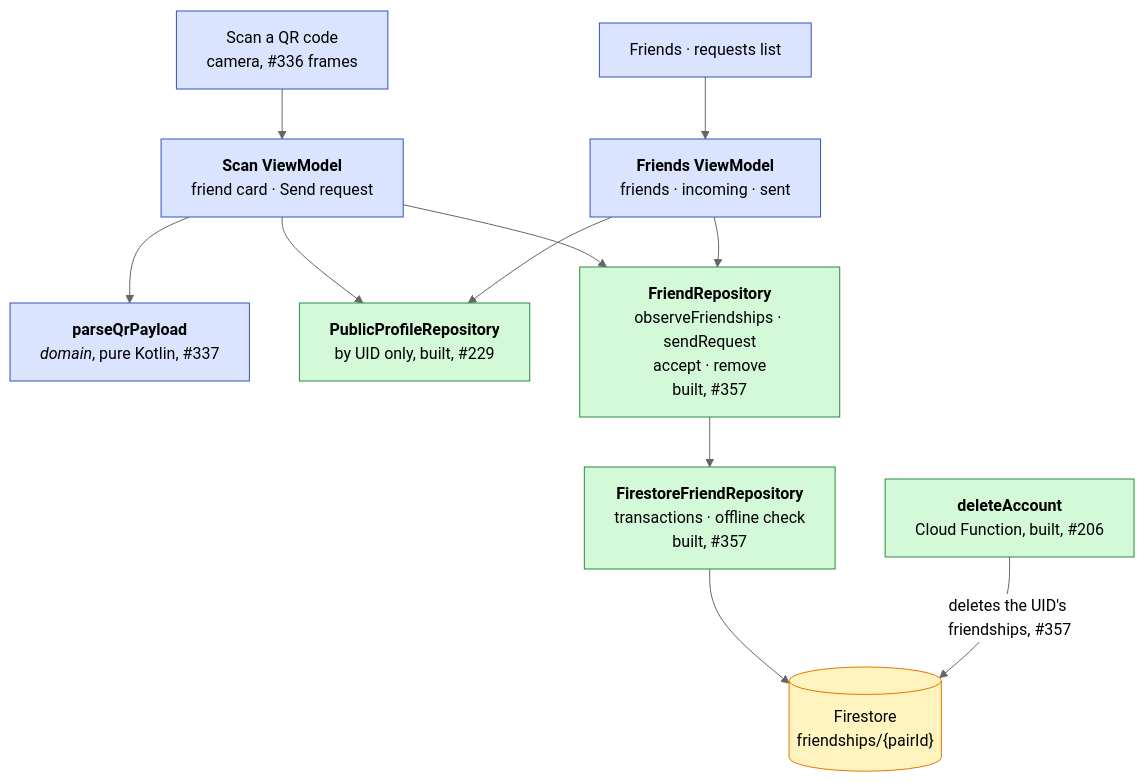
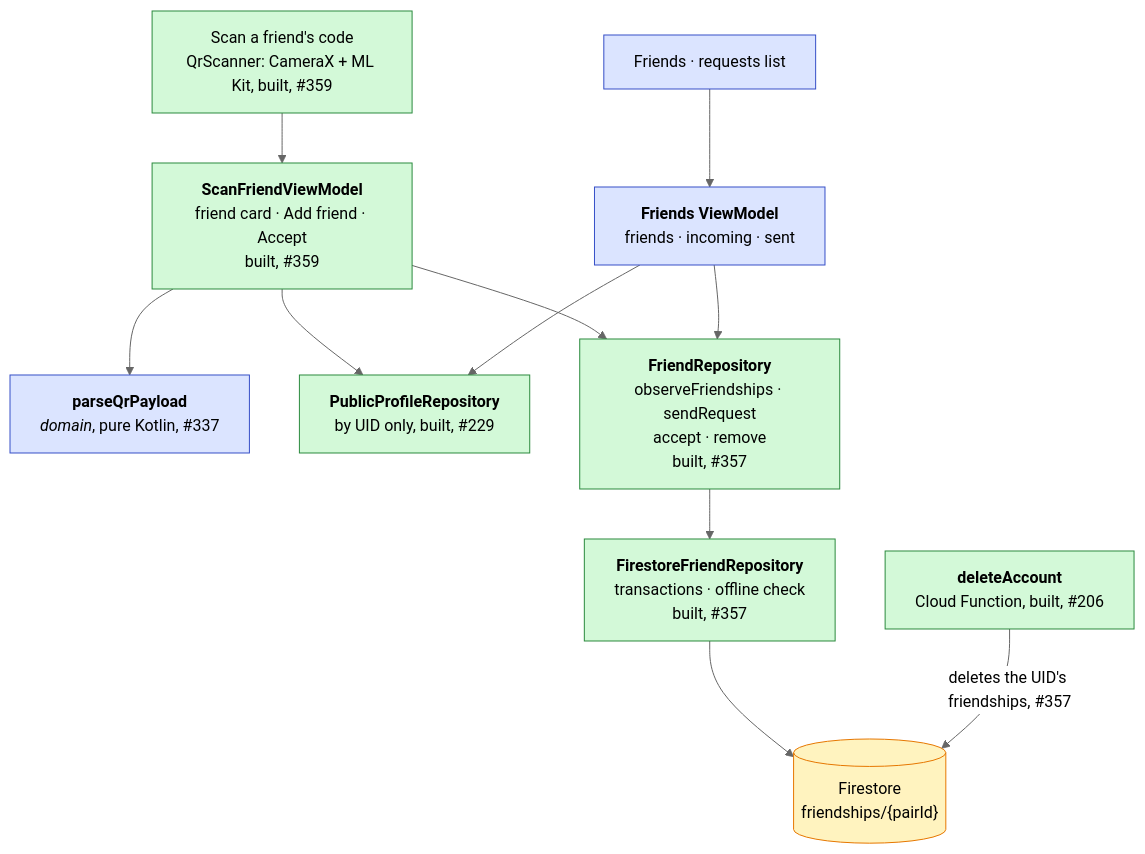
One commit to swent-polysocial/PolySocial changed the seventh of 14 diagrams in docs/Architecture-Diagram.md. Above: the diagram before and after it, drawn with Mermaid (neutral theme). The commit also changed other lines of this file and 1 other file, not shown here.

First line of the commit message:
docs: record the friend code scanner

````diff
--- a/docs/Architecture-Diagram.md
+++ b/docs/Architecture-Diagram.md
@@ -300,17 +301,17 @@
 ```mermaid
 flowchart TB
   classDef pb fill:#dbe4ff,stroke:#364fc7,color:#000
   classDef ext fill:#fff3bf,stroke:#e67700,color:#000
   classDef s1 fill:#d3f9d8,stroke:#2b8a3e,color:#000
 
-  scan["Scan a QR code<br/>camera, #336 frames"]:::pb --> scanVM["<b>Scan ViewModel</b><br/>friend card · Send request"]:::pb
+  scan["Scan a friend's code<br/>QrScanner: CameraX + ML Kit, built, #359"]:::s1 --> scanVM["<b>ScanFriendViewModel</b><br/>friend card · Add friend · Accept<br/>built, #359"]:::s1
   scanVM --> qr["<b>parseQrPayload</b><br/><i>domain</i>, pure Kotlin, #337"]:::pb
   scanVM --> pub["<b>PublicProfileRepository</b><br/>by UID only, built, #229"]:::s1
   scanVM --> friendRepo["<b>FriendRepository</b><br/>observeFriendships · sendRequest<br/>accept · remove<br/>built, #357"]:::s1
   friendsUi["Friends · requests list"]:::pb --> friendsVM["<b>Friends ViewModel</b><br/>friends · incoming · sent"]:::pb
   friendsVM --> friendRepo
   friendsVM --> pub
   friendRepo --> fsRepo["<b>FirestoreFriendRepository</b><br/>transactions · offline check<br/>built, #357"]:::s1
   fsRepo --> fs[("Firestore<br/>friendships/{pairId}")]:::ext
   delFn["<b>deleteAccount</b><br/>Cloud Function, built, #206"]:::s1 -- "deletes the UID's friendships, #357" --> fs
 ```
````
